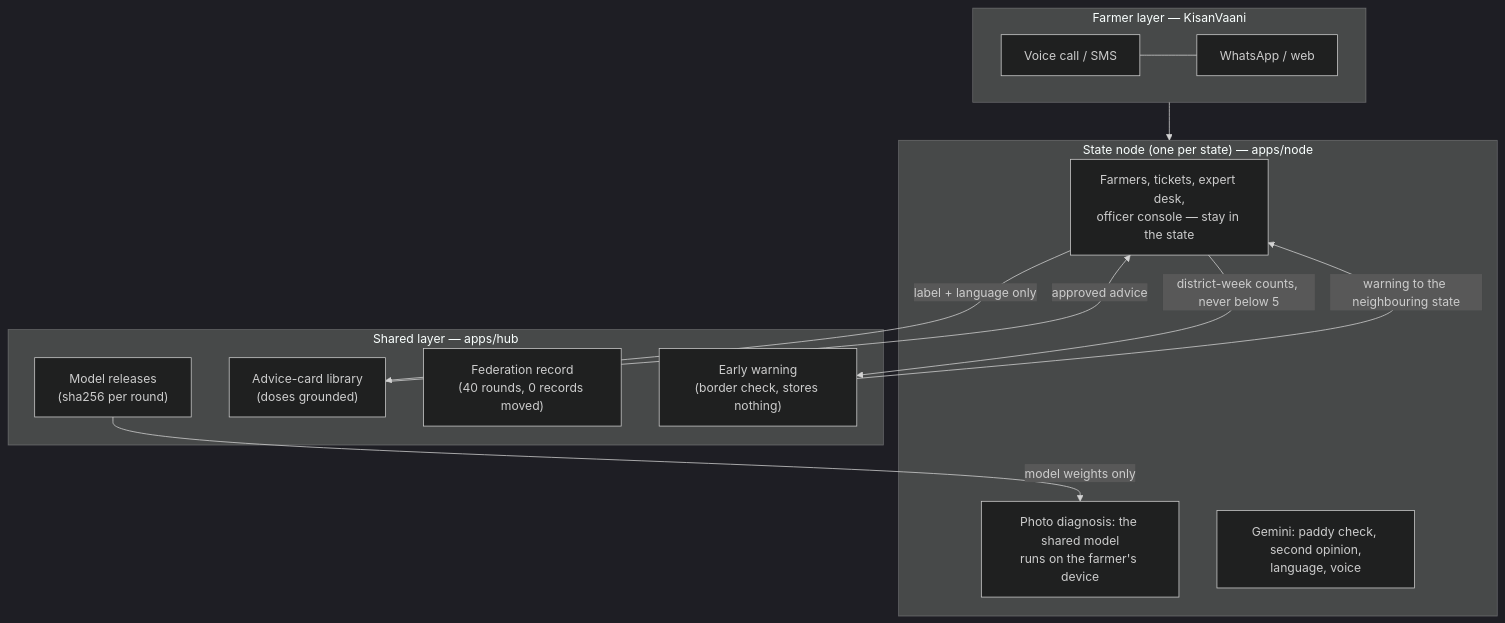
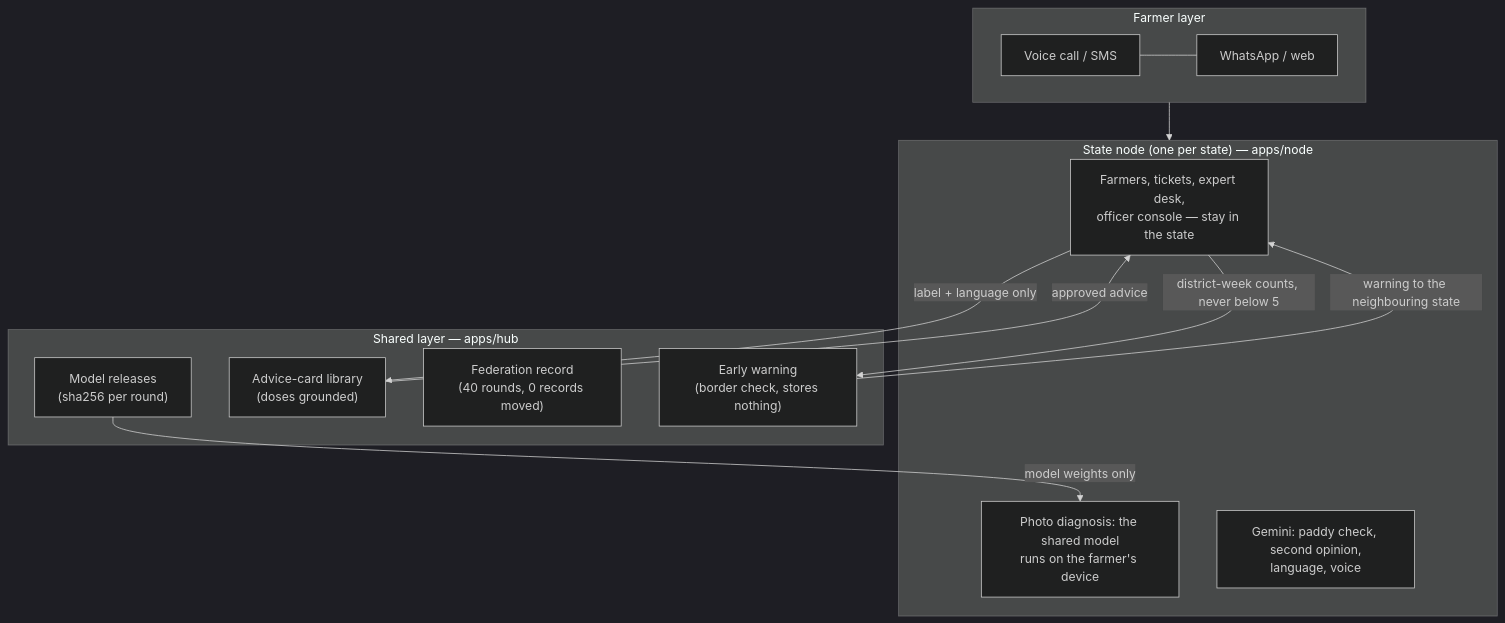
The first of 2 diagrams in README.md (uttamchandel/saajha), drawn with Mermaid (dark theme) before and after one commit. The commit also changed other lines of this file and 46 other files, not shown here.

````diff
--- a/README.md
+++ b/README.md
@@ -25,23 +25,23 @@
 ```mermaid
 flowchart TB
-  subgraph farmers["Farmer layer — KisanVaani"]
+  subgraph farmers["Farmer layer"]
     F1["Voice call / SMS"] --- F2["WhatsApp / web"]
   end
   subgraph node["State node (one per state) — apps/node"]
     N1["Farmers, tickets, expert desk,<br/>officer console — stay in the state"]
     N2["Photo diagnosis: the shared model<br/>runs on the farmer's device"]
     N3["Gemini: paddy check, second opinion,<br/>language, voice"]
   end
   subgraph hub["Shared layer — apps/hub"]
     H1["Model releases<br/>(sha256 per round)"]
     H2["Advice-card library<br/>(doses grounded)"]
     H3["Federation record<br/>(40 rounds, 0 records moved)"]
     H4["Early warning<br/>(border check, stores nothing)"]
   end
   farmers --> node
   H1 -- "model weights only" --> N2
   N1 -- "label + language only" --> H2
   H2 -- "approved advice" --> N1
   N1 -- "district-week counts, never below 5" --> H4
   H4 -- "warning to the neighbouring state" --> N1
 ```
````
